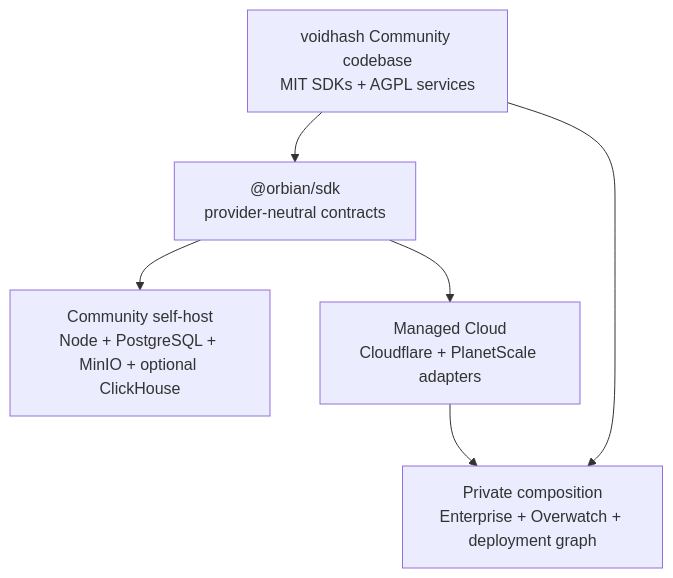
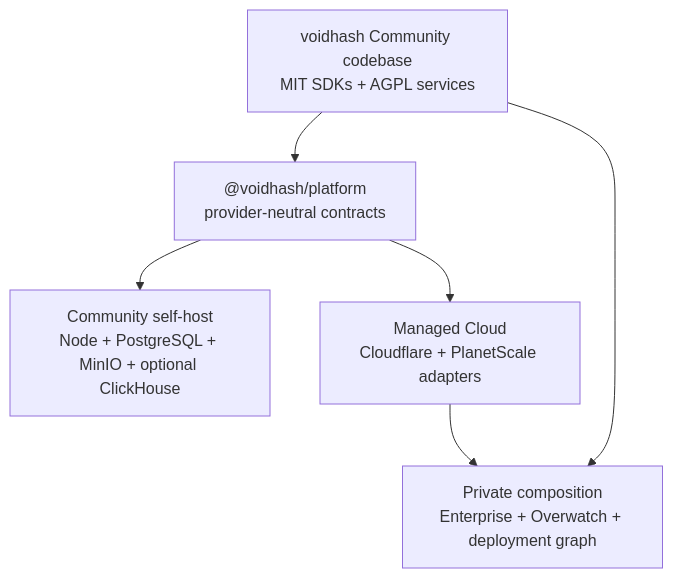
One commit to voidhashcom/voidhash changed the diagram in docs/architecture.md. Above: the diagram before and after it, drawn with Mermaid. The commit also changed other lines of this file and 140 other files, not shown here.

````diff
--- a/docs/architecture.md
+++ b/docs/architecture.md
@@ -10,14 +10,14 @@
 ```mermaid
 flowchart TD
   Community["voidhash Community codebase<br/>MIT SDKs + AGPL services"]
-  Platform["@orbian/sdk<br/>provider-neutral contracts"]
+  Platform["@voidhash/platform<br/>provider-neutral contracts"]
   Node["Community self-host<br/>Node + PostgreSQL + MinIO + optional ClickHouse"]
   Cloud["Managed Cloud<br/>Cloudflare + PlanetScale adapters"]
   Private["Private composition<br/>Enterprise + Overwatch + deployment graph"]
 
   Community --> Platform
   Platform --> Node
   Platform --> Cloud
   Community --> Private
   Cloud --> Private
 ```
````
